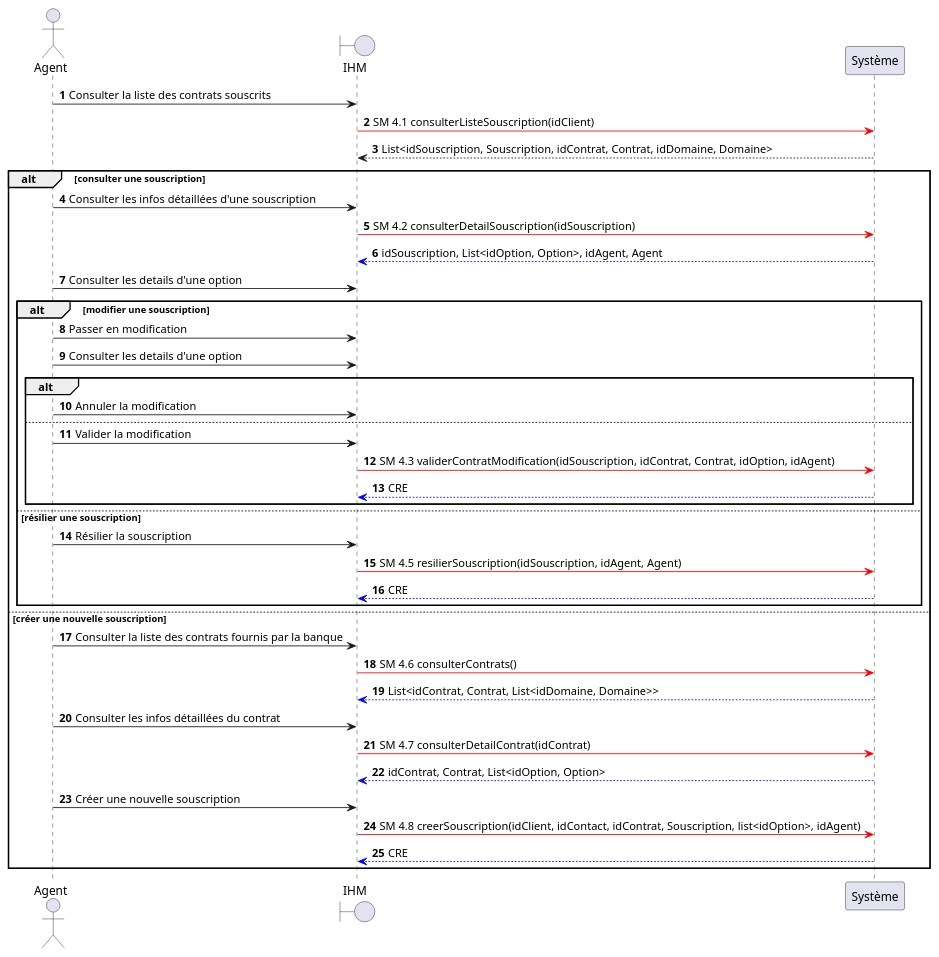
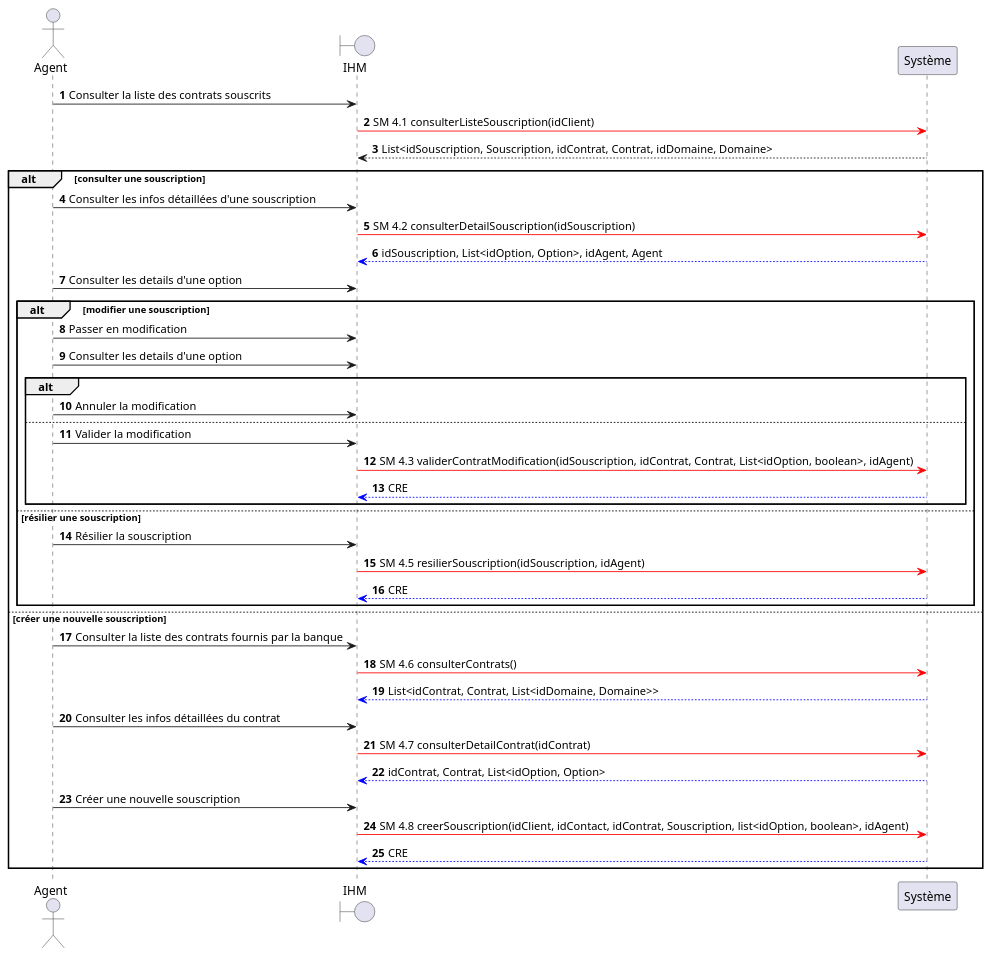
Before and after one commit to HZjiadong/PLD-MARS: the diagram in src/documentation/CU4_DSS.puml, drawn with PlantUML. The commit also changed 1 other file, not shown here.

```diff
--- a/src/documentation/CU4_DSS.puml
+++ b/src/documentation/CU4_DSS.puml
@@ -1,42 +1,42 @@
 @startuml
 actor Agent
 boundary IHM
 autonumber
 Agent -> IHM : Consulter la liste des contrats souscrits
 IHM -[#red]> Système : SM 4.1 consulterListeSouscription(idClient)
 Système --> IHM : List<idSouscription, Souscription, idContrat, Contrat, idDomaine, Domaine>
 
 alt consulter une souscription
     Agent -> IHM : Consulter les infos détaillées d'une souscription
     IHM -[#red]> Système : SM 4.2 consulterDetailSouscription(idSouscription)
     Système -[#0000FF]-> IHM : idSouscription, List<idOption, Option>, idAgent, Agent
     Agent -> IHM : Consulter les details d'une option
     alt modifier une souscription
     Agent -> IHM : Passer en modification
     Agent -> IHM : Consulter les details d'une option
         alt
         Agent -> IHM : Annuler la modification
         else
         Agent -> IHM : Valider la modification
-        IHM -[#red]> Système : SM 4.3 validerContratModification(idSouscription, idContrat, Contrat, idOption, idAgent)
+        IHM -[#red]> Système : SM 4.3 validerContratModification(idSouscription, idContrat, Contrat, List<idOption, boolean>, idAgent)
         Système -[#0000FF]-> IHM : CRE
         end
     else résilier une souscription
     Agent -> IHM : Résilier la souscription
-    IHM -[#red]> Système : SM 4.5 resilierSouscription(idSouscription, idAgent, Agent)
+    IHM -[#red]> Système : SM 4.5 resilierSouscription(idSouscription, idAgent)
     Système -[#0000FF]-> IHM : CRE
     end
 else créer une nouvelle souscription
     Agent -> IHM : Consulter la liste des contrats fournis par la banque
     IHM -[#red]> Système : SM 4.6 consulterContrats()
     Système -[#0000FF]-> IHM : List<idContrat, Contrat, List<idDomaine, Domaine>>
 
     Agent -> IHM : Consulter les infos détaillées du contrat
     IHM -[#red]> Système : SM 4.7 consulterDetailContrat(idContrat)
     Système -[#0000FF]-> IHM : idContrat, Contrat, List<idOption, Option>
 
     Agent -> IHM : Créer une nouvelle souscription
-    IHM -[#red]> Système : SM 4.8 creerSouscription(idClient, idContact, idContrat, Souscription, list<idOption>, idAgent)
+    IHM -[#red]> Système : SM 4.8 creerSouscription(idClient, idContact, idContrat, Souscription, list<idOption, boolean>, idAgent)
     Système -[#0000FF]-> IHM : CRE
 end
 @enduml
```
